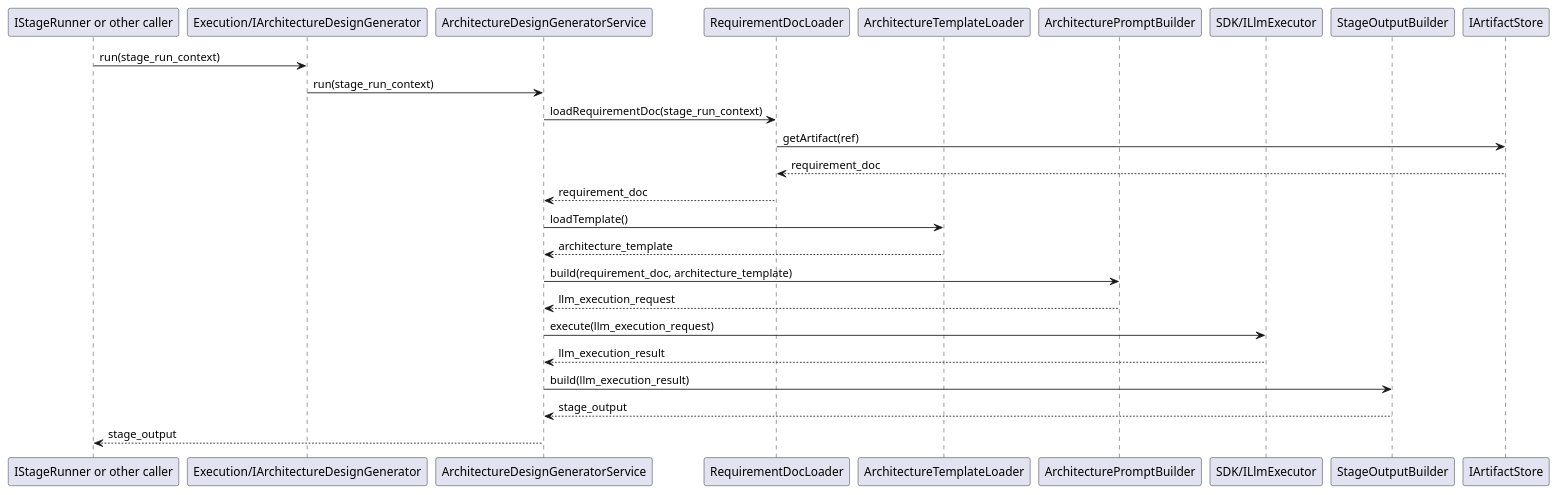
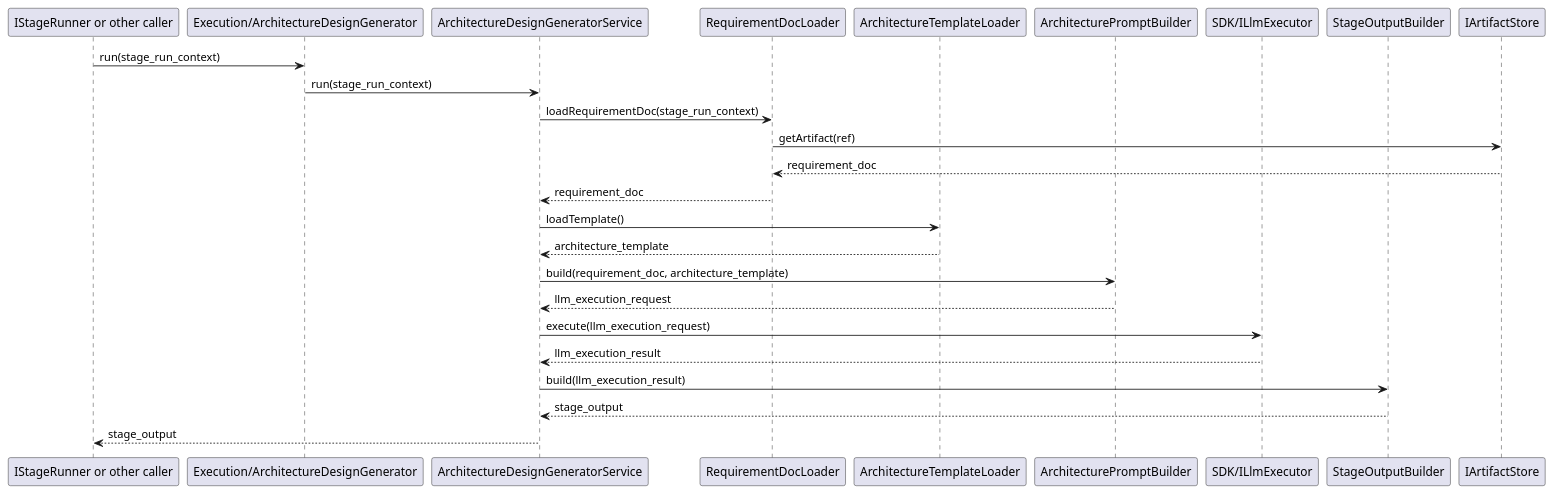
The second of 2 diagrams in meta_layer/docs/design_docs/Execution/ArchitectureDesignGenerator.md (lucky-chen/ai_workflow_travel), drawn with PlantUML before and after one commit. The commit also changed other lines of this file and 18 other files, not shown here.

````diff
--- a/meta_layer/docs/design_docs/Execution/ArchitectureDesignGenerator.md
+++ b/meta_layer/docs/design_docs/Execution/ArchitectureDesignGenerator.md
@@ -163,29 +165,29 @@
 ```plantuml
 @startuml
 participant Caller as "IStageRunner or other caller"
-participant IArchitectureDesignGenerator as "Execution/IArchitectureDesignGenerator"
+participant ArchitectureDesignGenerator as "Execution/ArchitectureDesignGenerator"
 participant ArchitectureDesignGeneratorService
 participant RequirementDocLoader
 participant ArchitectureTemplateLoader
 participant ArchitecturePromptBuilder
 participant ILlmExecutor as "SDK/ILlmExecutor"
 participant StageOutputBuilder
 participant IArtifactStore
 
-Caller -> IArchitectureDesignGenerator: run(stage_run_context)
-IArchitectureDesignGenerator -> ArchitectureDesignGeneratorService: run(stage_run_context)
+Caller -> ArchitectureDesignGenerator: run(stage_run_context)
+ArchitectureDesignGenerator -> ArchitectureDesignGeneratorService: run(stage_run_context)
 ArchitectureDesignGeneratorService -> RequirementDocLoader: loadRequirementDoc(stage_run_context)
 RequirementDocLoader -> IArtifactStore: getArtifact(ref)
 IArtifactStore --> RequirementDocLoader: requirement_doc
 RequirementDocLoader --> ArchitectureDesignGeneratorService: requirement_doc
 ArchitectureDesignGeneratorService -> ArchitectureTemplateLoader: loadTemplate()
 ArchitectureTemplateLoader --> ArchitectureDesignGeneratorService: architecture_template
 ArchitectureDesignGeneratorService -> ArchitecturePromptBuilder: build(requirement_doc, architecture_template)
 ArchitecturePromptBuilder --> ArchitectureDesignGeneratorService: llm_execution_request
 ArchitectureDesignGeneratorService -> ILlmExecutor: execute(llm_execution_request)
 ILlmExecutor --> ArchitectureDesignGeneratorService: llm_execution_result
 ArchitectureDesignGeneratorService -> StageOutputBuilder: build(llm_execution_result)
 StageOutputBuilder --> ArchitectureDesignGeneratorService: stage_output
 ArchitectureDesignGeneratorService --> Caller: stage_output
 @enduml
 ```
````
